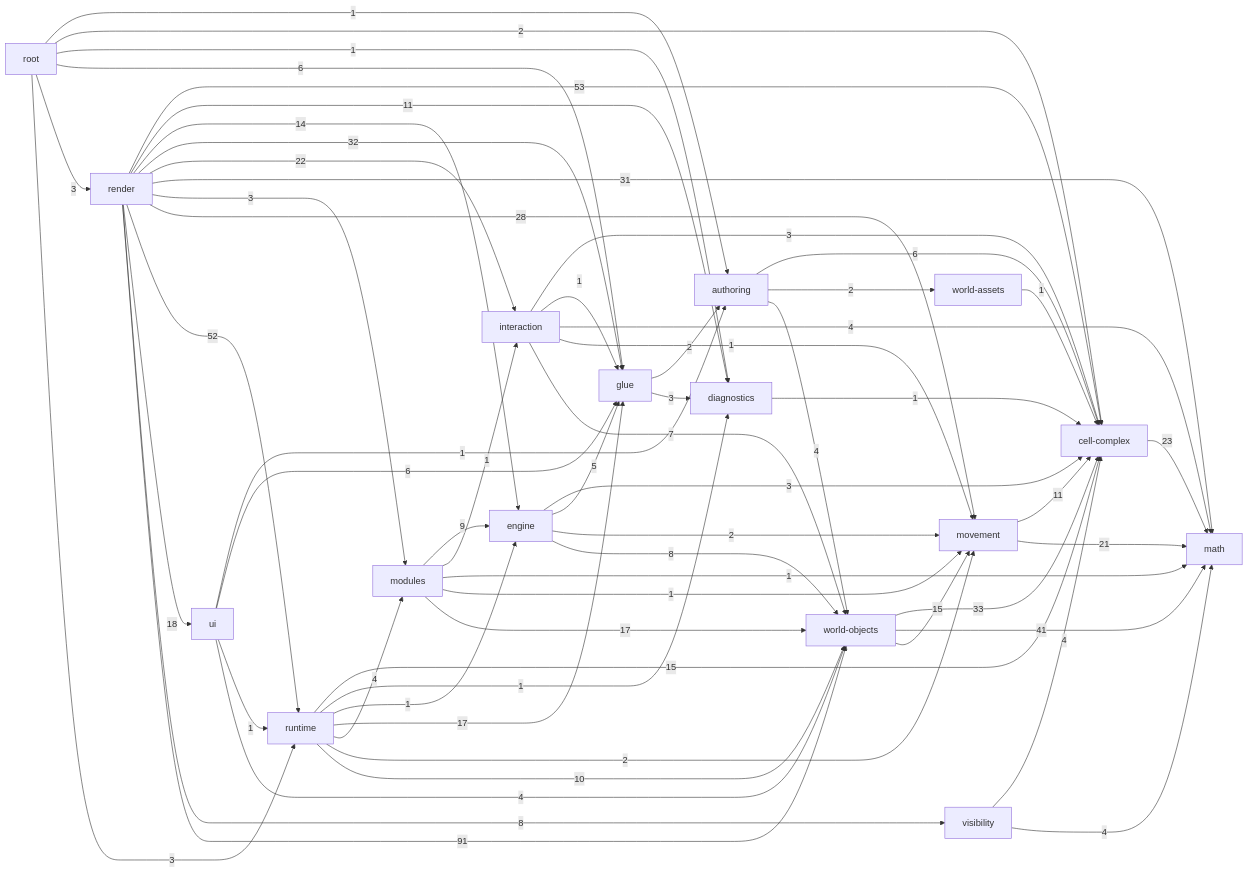
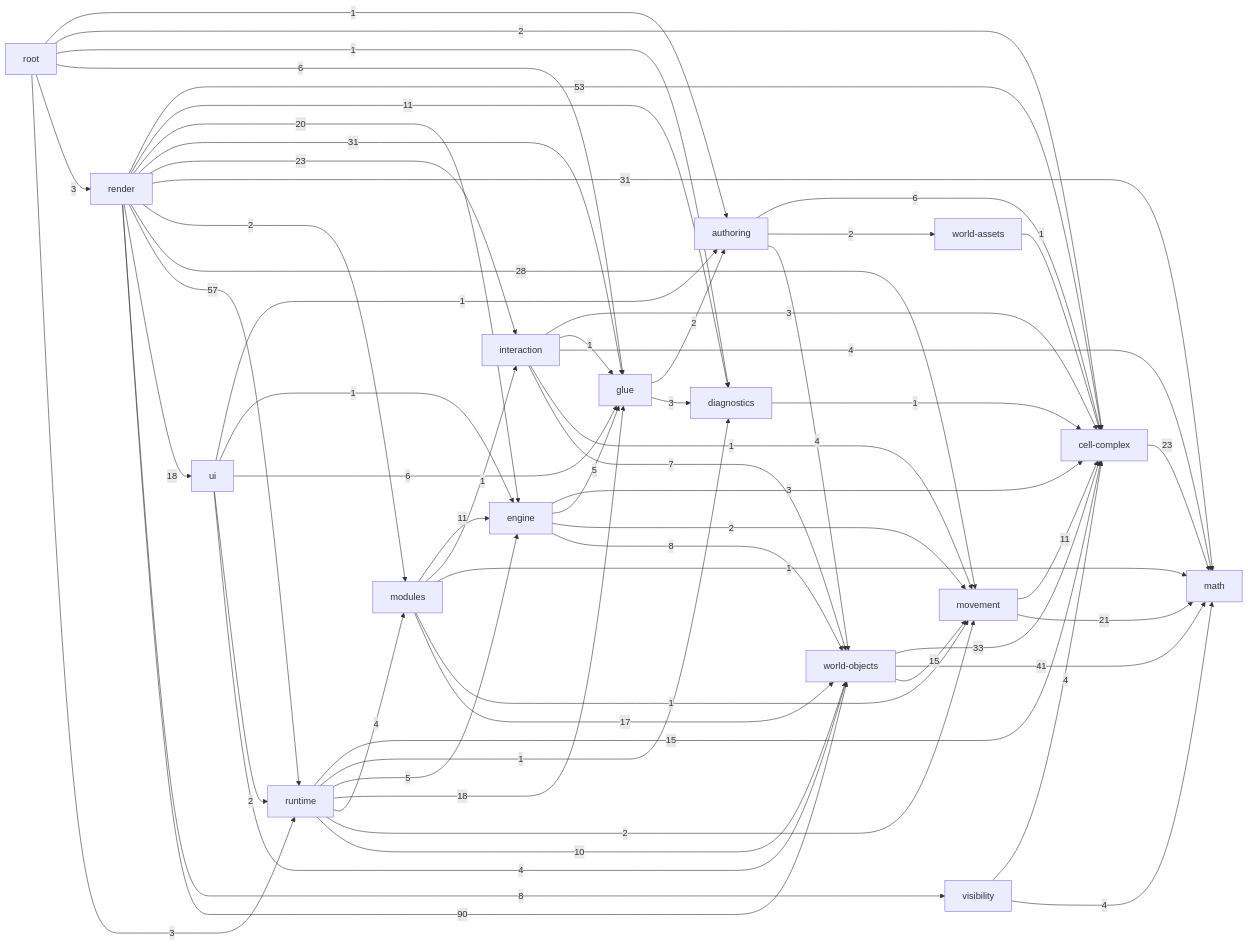
One commit to guraltsev/noneuclid-fpv changed the diagram in _docs/generated/ARCHITECTURE_REFERENCE.md. Above: the diagram before and after it, drawn with Mermaid. The commit also changed other lines of this file and 54 other files, not shown here.

````diff
--- a/_docs/generated/ARCHITECTURE_REFERENCE.md
+++ b/_docs/generated/ARCHITECTURE_REFERENCE.md
@@ -37,77 +37,78 @@
 ```mermaid
 flowchart LR
   math["math"]
   cell_complex["cell-complex"]
   diagnostics["diagnostics"]
   visibility["visibility"]
   movement["movement"]
   world_assets["world-assets"]
   world_objects["world-objects"]
   authoring["authoring"]
   glue["glue"]
   interaction["interaction"]
   engine["engine"]
   modules["modules"]
   runtime["runtime"]
   ui["ui"]
   render["render"]
   root["root"]
   authoring -->|6| cell_complex
   authoring -->|2| world_assets
   authoring -->|4| world_objects
   cell_complex -->|23| math
   diagnostics -->|1| cell_complex
   engine -->|3| cell_complex
   engine -->|5| glue
   engine -->|2| movement
   engine -->|8| world_objects
   glue -->|2| authoring
   glue -->|3| diagnostics
   interaction -->|3| cell_complex
   interaction -->|1| glue
   interaction -->|4| math
   interaction -->|1| movement
   interaction -->|7| world_objects
-  modules -->|9| engine
+  modules -->|11| engine
   modules -->|1| interaction
   modules -->|1| math
   modules -->|1| movement
   modules -->|17| world_objects
   movement -->|11| cell_complex
   movement -->|21| math
   render -->|53| cell_complex
   render -->|11| diagnostics
-  render -->|14| engine
-  render -->|32| glue
-  render -->|22| interaction
+  render -->|20| engine
+  render -->|31| glue
+  render -->|23| interaction
   render -->|31| math
-  render -->|3| modules
+  render -->|2| modules
   render -->|28| movement
-  render -->|52| runtime
+  render -->|57| runtime
   render -->|18| ui
   render -->|8| visibility
-  render -->|91| world_objects
+  render -->|90| world_objects
   root -->|1| authoring
   root -->|2| cell_complex
   root -->|1| diagnostics
   root -->|6| glue
   root -->|3| render
   root -->|3| runtime
   runtime -->|15| cell_complex
   runtime -->|1| diagnostics
-  runtime -->|1| engine
-  runtime -->|17| glue
+  runtime -->|5| engine
+  runtime -->|18| glue
   runtime -->|4| modules
   runtime -->|2| movement
   runtime -->|10| world_objects
   ui -->|1| authoring
+  ui -->|1| engine
   ui -->|6| glue
-  ui -->|1| runtime
+  ui -->|2| runtime
   ui -->|4| world_objects
   visibility -->|4| cell_complex
   visibility -->|4| math
   world_assets -->|1| cell_complex
   world_objects -->|33| cell_complex
   world_objects -->|41| math
   world_objects -->|15| movement
 ```
````
